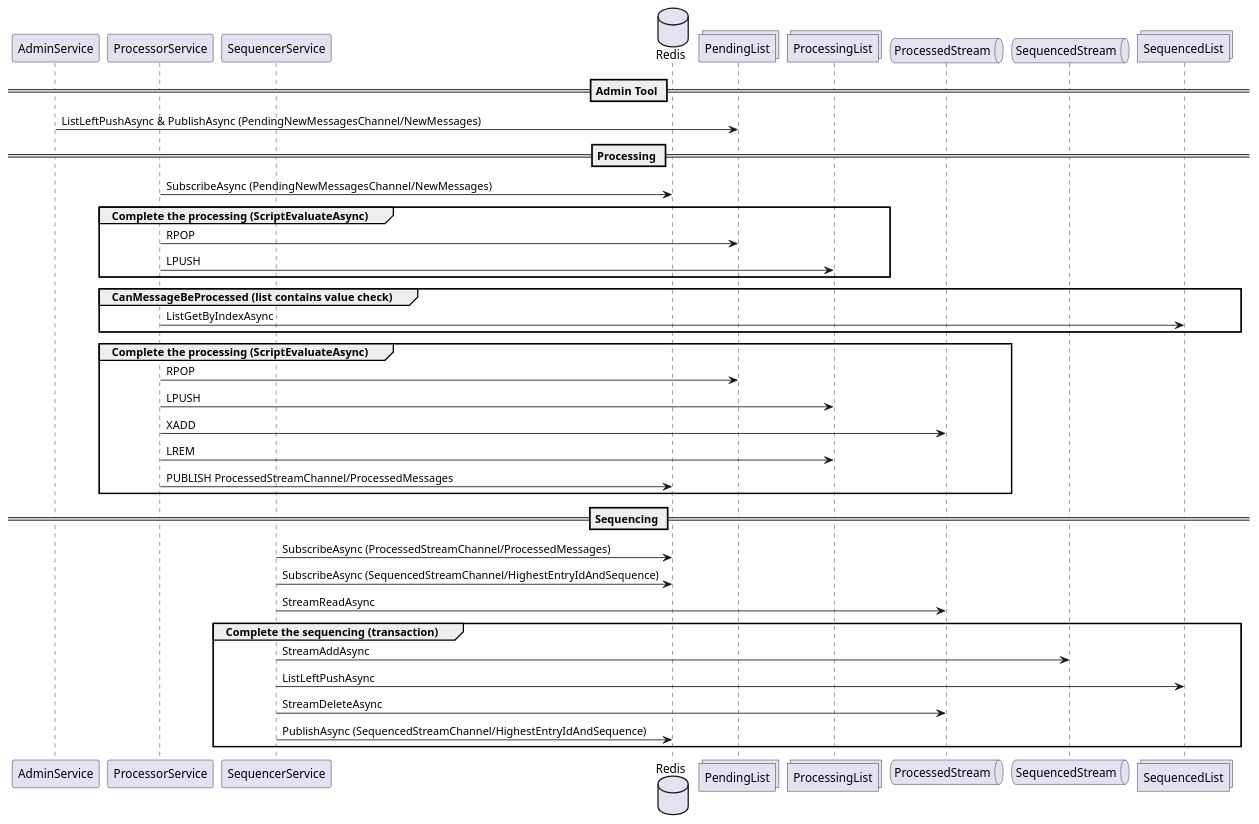
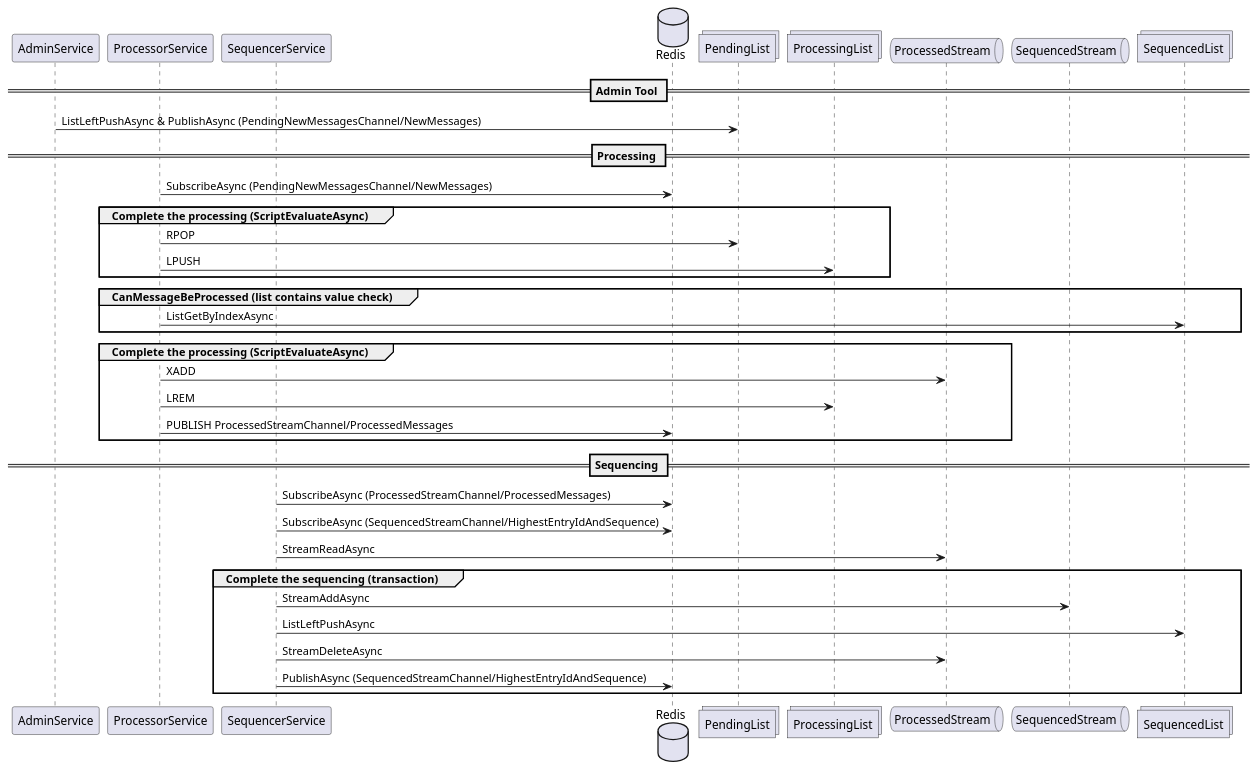
Before and after one commit to Ducharme/sequencer: the diagram in Diagrams/sequence_lists-and-streams.puml, drawn with PlantUML. The commit also changed 23 other files, not shown here.

```diff
--- a/Diagrams/sequence_lists-and-streams.puml
+++ b/Diagrams/sequence_lists-and-streams.puml
@@ -1,51 +1,49 @@
 @startuml
 participant AdminService     as adm
 participant ProcessorService as ps
 participant SequencerService as ss
 database    Redis            as redis
 collections PendingList      as pending_lst
 collections ProcessingList   as processing_lst
 queue       ProcessedStream  as processed_str
 queue       SequencedStream  as sequenced_str
 collections SequencedList    as sequenced_lst
 
 
 == Admin Tool ==
 
 adm -> pending_lst : ListLeftPushAsync & PublishAsync (PendingNewMessagesChannel/NewMessages)
 
 == Processing ==
 
 ps -> redis : SubscribeAsync (PendingNewMessagesChannel/NewMessages)
 
 group Complete the processing (ScriptEvaluateAsync)
     ps -> pending_lst : RPOP
     ps -> processing_lst : LPUSH
 end
 
 group CanMessageBeProcessed (list contains value check)
     ps -> sequenced_lst : ListGetByIndexAsync
 end
 
 group Complete the processing (ScriptEvaluateAsync)
-    ps -> pending_lst : RPOP
-    ps -> processing_lst : LPUSH
     ps -> processed_str : XADD
     ps -> processing_lst : LREM
     ps -> redis : PUBLISH ProcessedStreamChannel/ProcessedMessages
 end
 
 == Sequencing ==
 
 ss -> redis : SubscribeAsync (ProcessedStreamChannel/ProcessedMessages)
 ss -> redis : SubscribeAsync (SequencedStreamChannel/HighestEntryIdAndSequence)
 ss -> processed_str : StreamReadAsync
 
 group Complete the sequencing (transaction)
     ss -> sequenced_str : StreamAddAsync
     ss -> sequenced_lst : ListLeftPushAsync
     ss -> processed_str : StreamDeleteAsync
     ss -> redis : PublishAsync (SequencedStreamChannel/HighestEntryIdAndSequence)
 end
 
 @enduml
```
